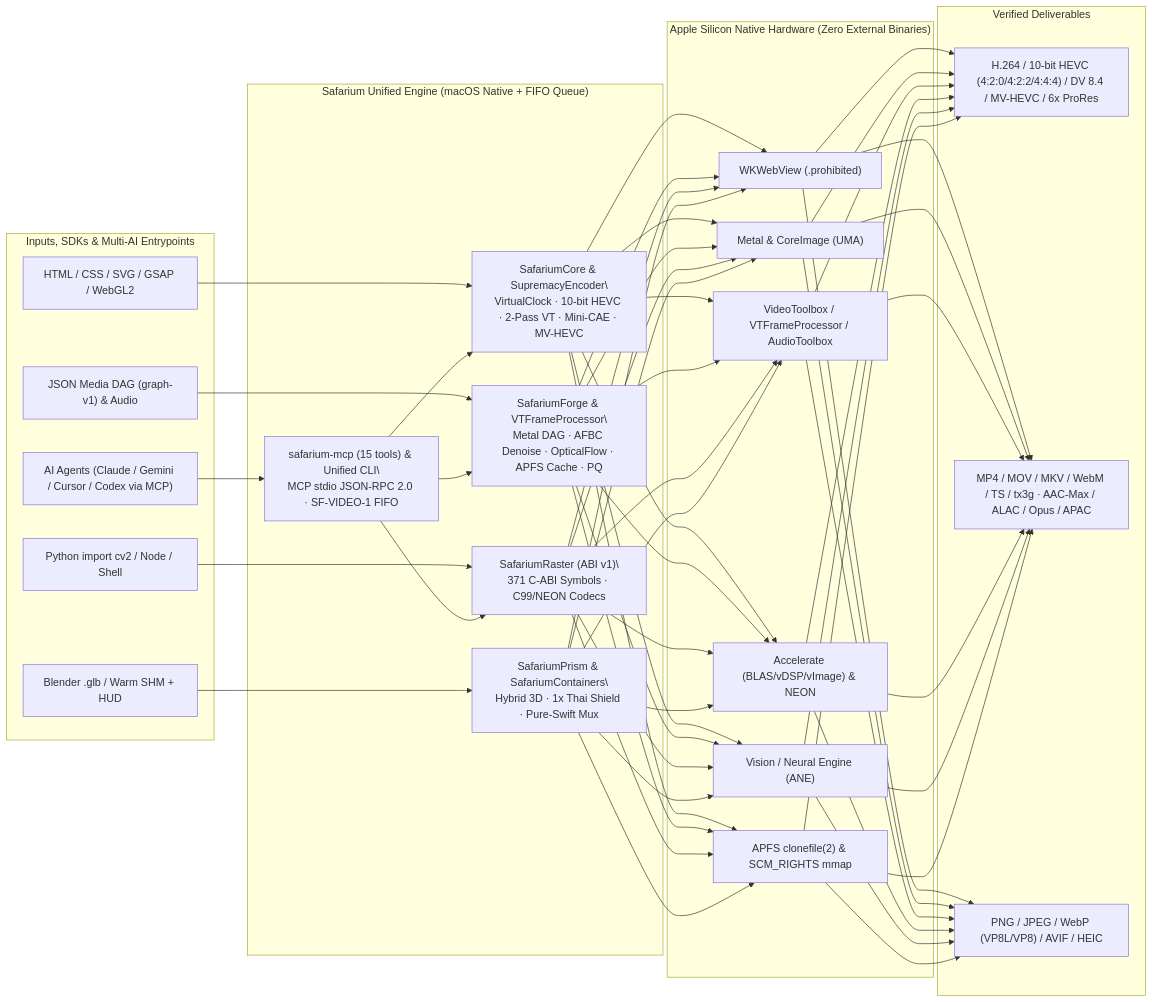
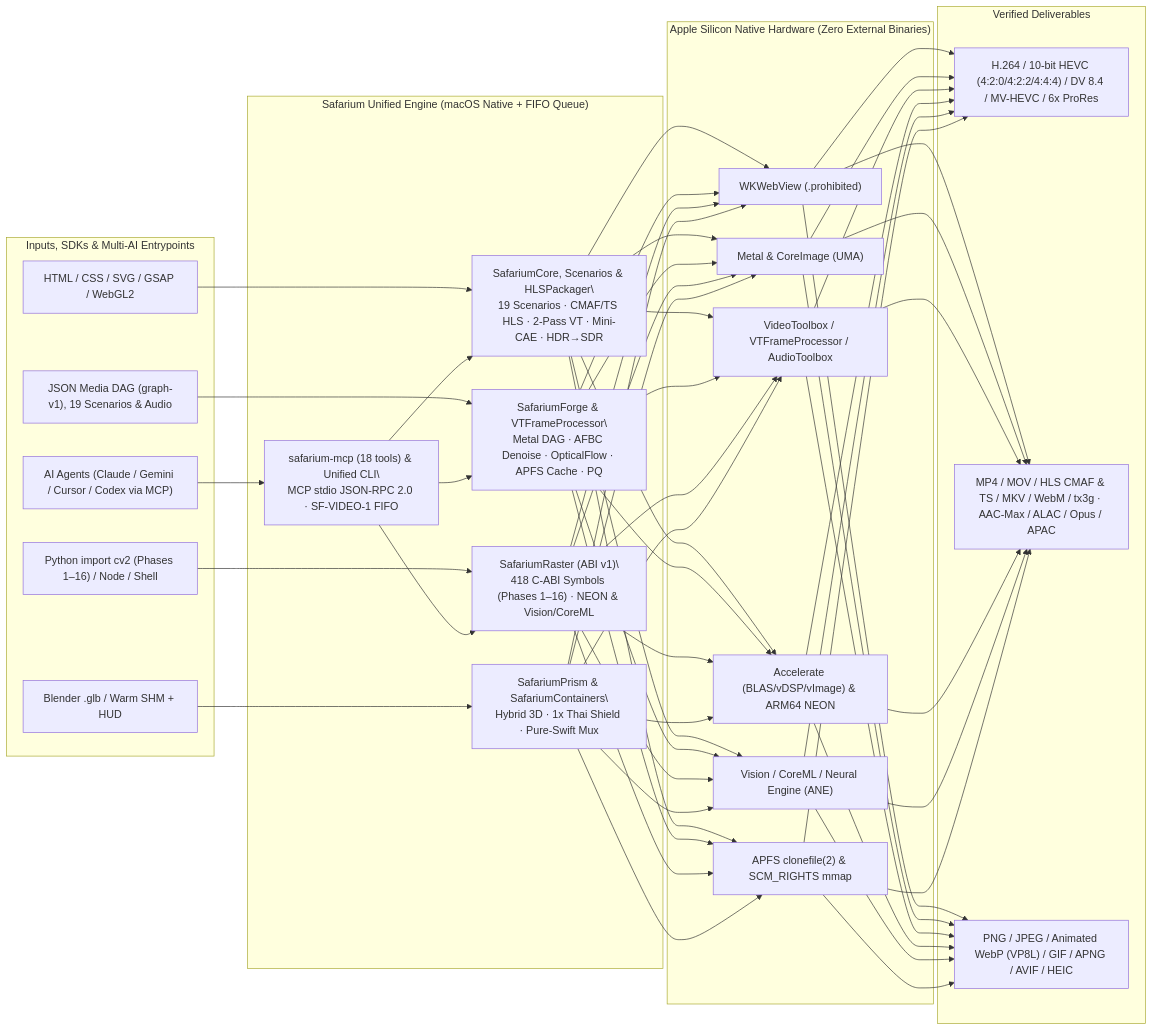
Before and after one commit to sanookai/Safarium: the diagram in README.md, drawn with Mermaid. The commit also changed other lines of this file and 28 other files, not shown here.

Commit message:
feat(wave10): 19 video scenarios, native HLS/CMAF+TS, HDR->SDR, animated clips, 18-tool MCP, SafariumRaster 1T NEON & Phases 9-16

````diff
--- a/README.md
+++ b/README.md
@@ -220,41 +242,41 @@
 ```mermaid
 flowchart LR
     subgraph Inputs["Inputs, SDKs & Multi-AI Entrypoints"]
         I1["HTML / CSS / SVG / GSAP / WebGL2"]
-        I2["JSON Media DAG (graph-v1) & Audio"]
-        I3["Python import cv2 / Node / Shell"]
+        I2["JSON Media DAG (graph-v1), 19 Scenarios & Audio"]
+        I3["Python import cv2 (Phases 1–16) / Node / Shell"]
         I4["Blender .glb / Warm SHM + HUD"]
         I5["AI Agents (Claude / Gemini / Cursor / Codex via MCP)"]
     end
 
     subgraph Core["Safarium Unified Engine (macOS Native + FIFO Queue)"]
-        C0["safarium-mcp (15 tools) & Unified CLI\\nMCP stdio JSON-RPC 2.0 · SF-VIDEO-1 FIFO"]
-        C1["SafariumCore & SupremacyEncoder\\nVirtualClock · 10-bit HEVC · 2-Pass VT · Mini-CAE · MV-HEVC"]
+        C0["safarium-mcp (18 tools) & Unified CLI\\nMCP stdio JSON-RPC 2.0 · SF-VIDEO-1 FIFO"]
+        C1["SafariumCore, Scenarios & HLSPackager\\n19 Scenarios · CMAF/TS HLS · 2-Pass VT · Mini-CAE · HDR→SDR"]
         C2["SafariumForge & VTFrameProcessor\\nMetal DAG · AFBC Denoise · OpticalFlow · APFS Cache · PQ"]
-        C3["SafariumRaster (ABI v1)\\n371 C-ABI Symbols · C99/NEON Codecs"]
+        C3["SafariumRaster (ABI v1)\\n418 C-ABI Symbols (Phases 1–16) · NEON & Vision/CoreML"]
         C4["SafariumPrism & SafariumContainers\\nHybrid 3D · 1x Thai Shield · Pure-Swift Mux"]
     end
 
     subgraph Apple["Apple Silicon Native Hardware (Zero External Binaries)"]
         A1["WKWebView (.prohibited)"]
         A2["Metal & CoreImage (UMA)"]
         A3["VideoToolbox / VTFrameProcessor / AudioToolbox"]
-        A4["Accelerate (BLAS/vDSP/vImage) & NEON"]
-        A5["Vision / Neural Engine (ANE)"]
+        A4["Accelerate (BLAS/vDSP/vImage) & ARM64 NEON"]
+        A5["Vision / CoreML / Neural Engine (ANE)"]
         A6["APFS clonefile(2) & SCM_RIGHTS mmap"]
     end
 
     subgraph Outputs["Verified Deliverables"]
         O1["H.264 / 10-bit HEVC (4:2:0/4:2:2/4:4:4) / DV 8.4 / MV-HEVC / 6x ProRes"]
-        O2["MP4 / MOV / MKV / WebM / TS / tx3g · AAC-Max / ALAC / Opus / APAC"]
-        O3["PNG / JPEG / WebP (VP8L/VP8) / AVIF / HEIC"]
+        O2["MP4 / MOV / HLS CMAF & TS / MKV / WebM / tx3g · AAC-Max / ALAC / Opus / APAC"]
+        O3["PNG / JPEG / Animated WebP (VP8L) / GIF / APNG / AVIF / HEIC"]
     end
 
     I5 --> C0
     I1 & C0 --> C1
     I2 & C0 --> C2
     I3 & C0 --> C3
     I4 --> C4
     C1 & C2 & C3 & C4 --> A1 & A2 & A3 & A4 & A5 & A6
     A1 & A2 & A3 & A4 & A5 & A6 --> O1 & O2 & O3
 ```
````
